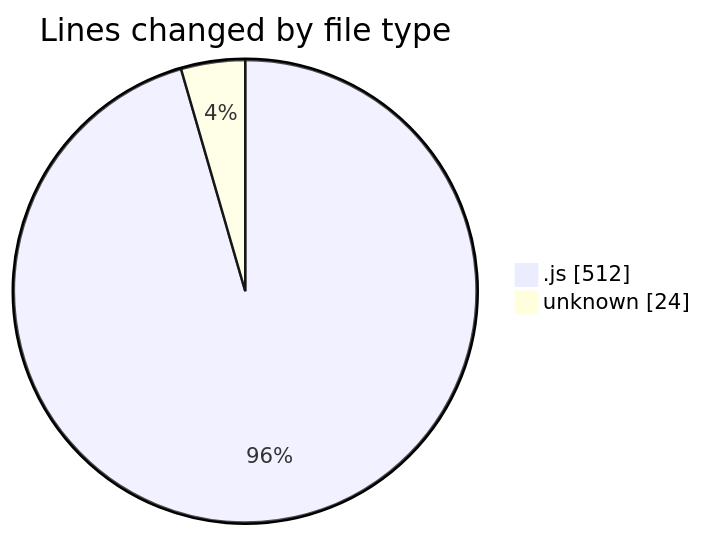
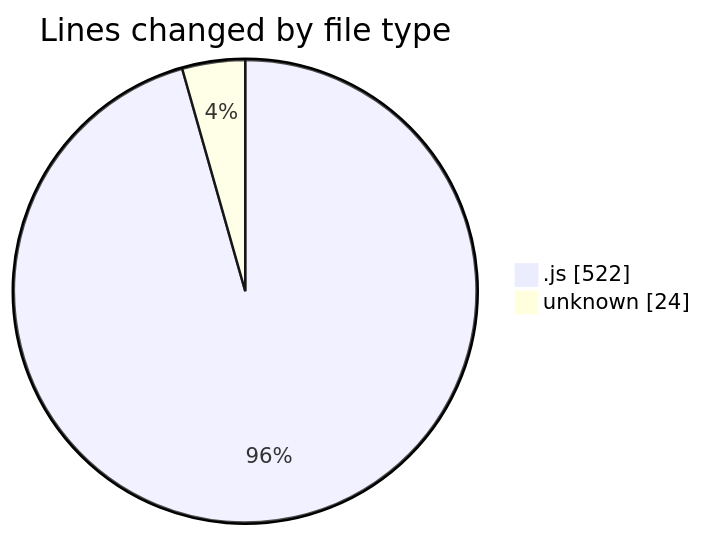
The first of 2 diagrams in 2025-02-03/cda/README.md (momahboobian/code-tracking), drawn with Mermaid before and after one commit. The commit also changed other lines of this file and 1 other file, not shown here.

````diff
--- a/2025-02-03/cda/README.md
+++ b/2025-02-03/cda/README.md
@@ -24,6 +24,6 @@
 ```mermaid
 pie showData
 title Lines changed by file type
-".js" : 512
+".js" : 522
 "unknown" : 24
 ```
````
